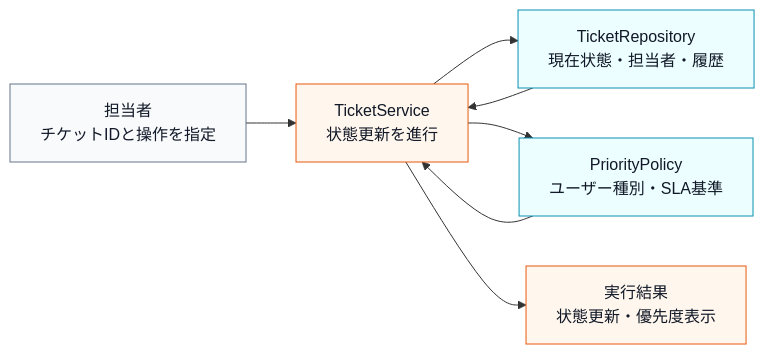
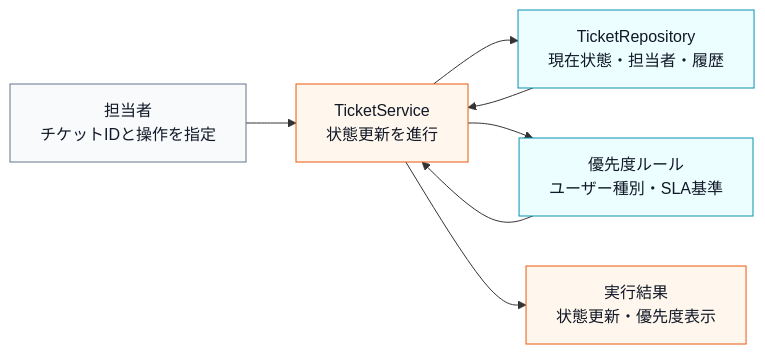
Before and after one commit to kumachan1101-pixel/DesignPattern: the first of 15 diagrams in kindle/design-patterns/output/chapter09_2.md, drawn with Mermaid. The commit also changed other lines of this file and 2 other files, not shown here.

````diff
--- a/kindle/design-patterns/output/chapter09_2.md
+++ b/kindle/design-patterns/output/chapter09_2.md
@@ -44,16 +44,16 @@
 ```mermaid
 flowchart LR
     U["担当者<br>チケットIDと操作を指定"] --> S["TicketService<br>状態更新を進行"]
     S --> T["TicketRepository<br>現在状態・担当者・履歴"]
-    S --> P["PriorityPolicy<br>ユーザー種別・SLA基準"]
+    S --> P["優先度ルール<br>ユーザー種別・SLA基準"]
     T --> S
     P --> S
     S --> R["実行結果<br>状態更新・優先度表示"]
 
     classDef actor fill:#f8fafc,stroke:#64748b,color:#111827;
     classDef data fill:#ecfeff,stroke:#0891b2,color:#111827;
     classDef process fill:#fff7ed,stroke:#ea580c,color:#111827;
     class U actor;
     class T,P data;
     class S,R process;
 ```
````
